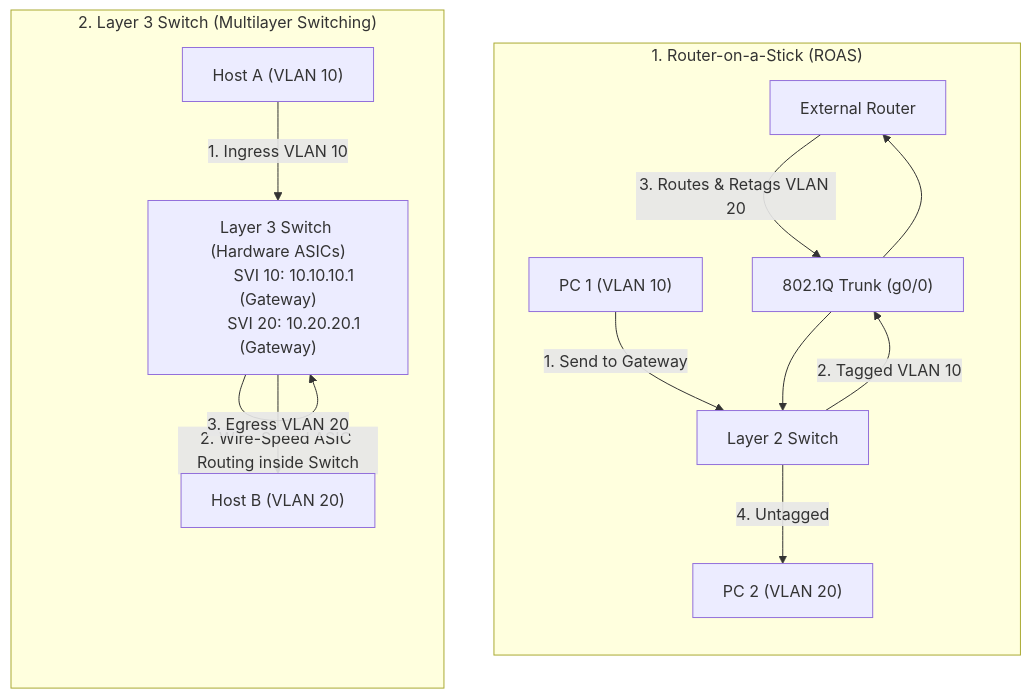
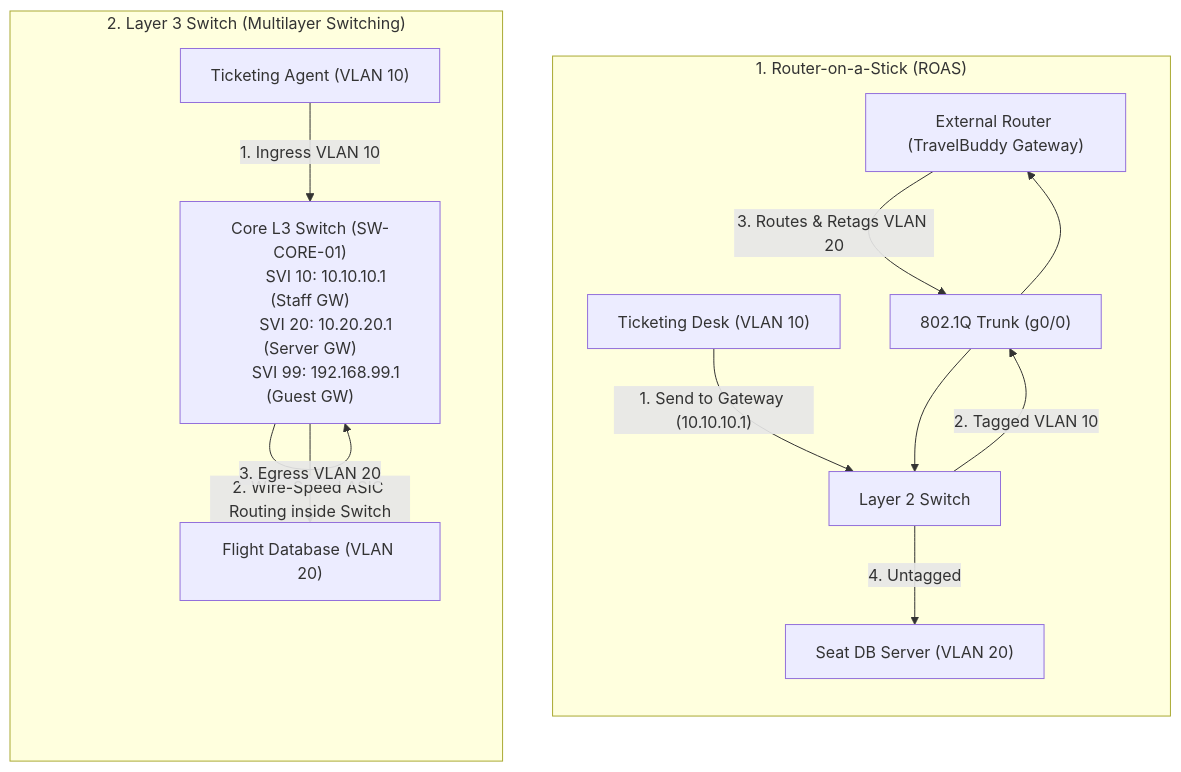
The first of 2 diagrams in content/docs/computer-networking/02-switching-and-data-link/05-vlans-wifi.mdx (1345AbhishekKumar/cs-cookbook), drawn with Mermaid before and after one commit. The commit also changed other lines of this file and 124 other files, not shown here.

````diff
--- a/content/docs/computer-networking/02-switching-and-data-link/05-vlans-wifi.mdx
+++ b/content/docs/computer-networking/02-switching-and-data-link/05-vlans-wifi.mdx
@@ -144,29 +161,30 @@
 ```mermaid
 flowchart TD
     subgraph ROAS["1. Router-on-a-Stick (ROAS)"]
         direction TB
-        R["External Router"]
+        R["External Router (TravelBuddy Gateway)"]
         T["802.1Q Trunk (g0/0)"]
         SW1["Layer 2 Switch"]
-        PC1["PC 1 (VLAN 10)"]
-        PC2["PC 2 (VLAN 20)"]
-        
-        PC1 -- "1. Send to Gateway" --> SW1
+        PC1["Ticketing Desk (VLAN 10)"]
+        PC2["Seat DB Server (VLAN 20)"]
+
+        PC1 -- "1. Send to Gateway (10.10.10.1)" --> SW1
         SW1 -- "2. Tagged VLAN 10" --> T --> R
         R -- "3. Routes & Retags VLAN 20" --> T --> SW1
         SW1 -- "4. Untagged" --> PC2
     end
 
     subgraph L3SW["2. Layer 3 Switch (Multilayer Switching)"]
         direction TB
-        L3["Layer 3 Switch (Hardware ASICs)
-        SVI 10: 10.10.10.1 (Gateway)
-        SVI 20: 10.20.20.1 (Gateway)"]
-        H1["Host A (VLAN 10)"]
-        H2["Host B (VLAN 20)"]
-        
+        L3["Core L3 Switch (SW-CORE-01)
+        SVI 10: 10.10.10.1 (Staff GW)
+        SVI 20: 10.20.20.1 (Server GW)
+        SVI 99: 192.168.99.1 (Guest GW)"]
+        H1["Ticketing Agent (VLAN 10)"]
+        H2["Flight Database (VLAN 20)"]
+
         H1 -- "1. Ingress VLAN 10" --> L3
         L3 -- "2. Wire-Speed ASIC Routing inside Switch" --> L3
         L3 -- "3. Egress VLAN 20" --> H2
     end
 ```
````
